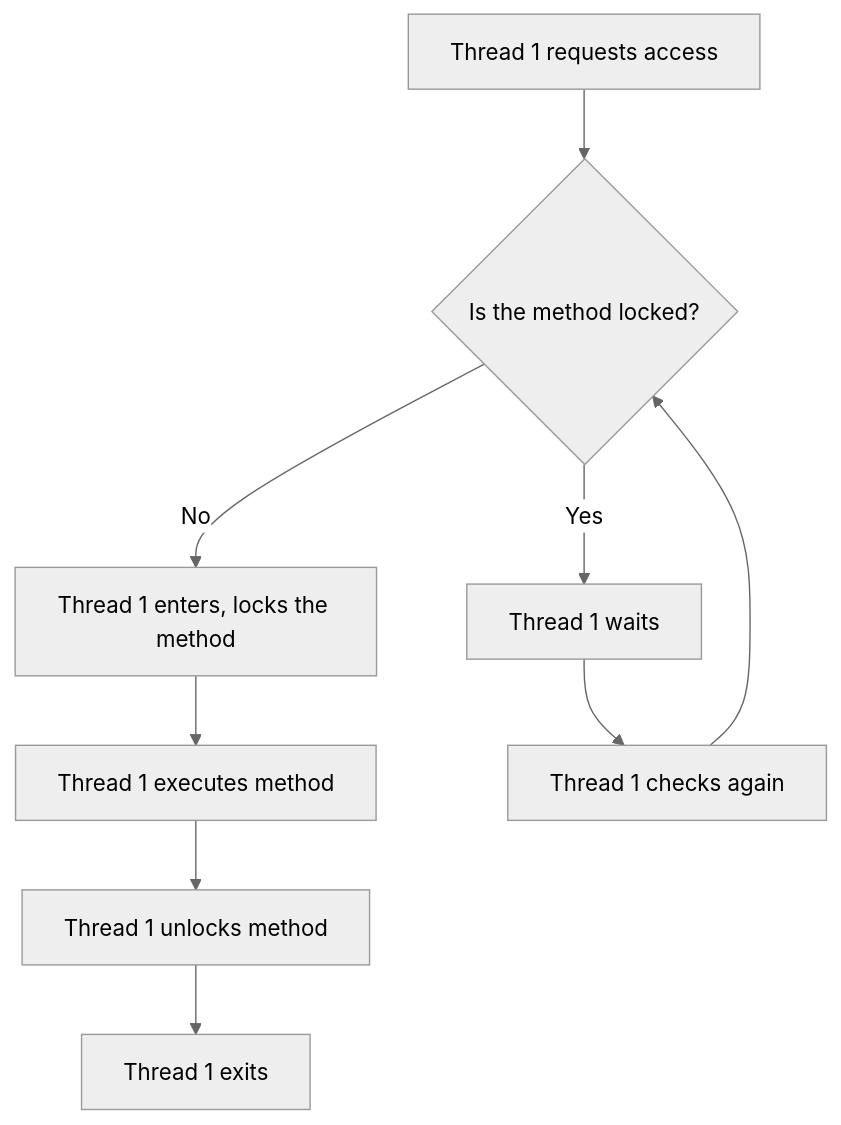
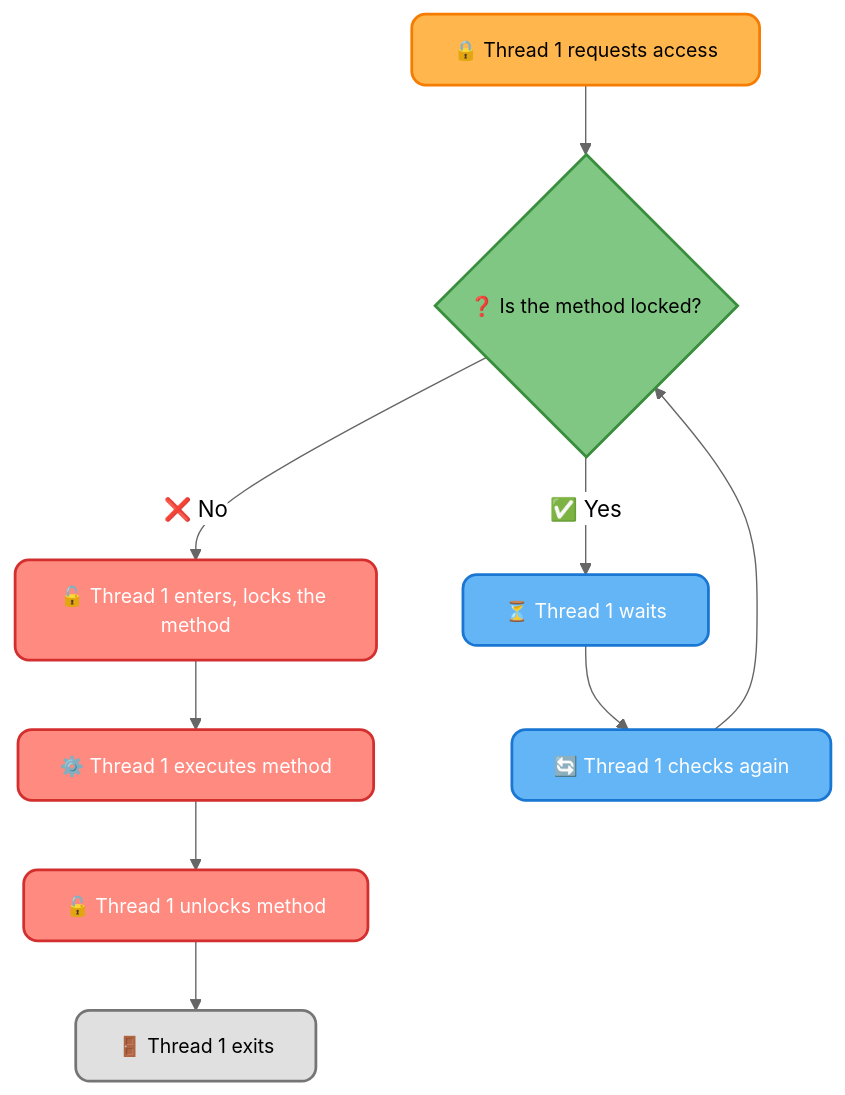
Before and after one commit to infoyouth/infoyouth.github.io: the first of 3 diagrams in _posts/2025-01-15-18.-synchronization-in-java.md, drawn with Mermaid (neutral theme). The commit also changed other lines of this file, not shown here.

````diff
--- a/_posts/2025-01-15-18.-synchronization-in-java.md
+++ b/_posts/2025-01-15-18.-synchronization-in-java.md
@@ -88,11 +86,29 @@
 ```mermaid
 graph TD
-    A[Thread 1 requests access] --> B{Is the method locked?};
-    B -- Yes --> C[Thread 1 waits];
-    B -- No --> D[Thread 1 enters, locks the method];
-    D --> E[Thread 1 executes method];
-    E --> F[Thread 1 unlocks method];
-    F --> G[Thread 1 exits];
-    C --> H[Thread 1 checks again];
+    A["🔒 Thread 1 requests access"] --> B{"❓ Is the method locked?"};
+    B -- "✅ Yes" --> C["⏳ Thread 1 waits"];
+    B -- "❌ No" --> D["🔓 Thread 1 enters, locks the method"];
+    D --> E["⚙️ Thread 1 executes method"];
+    E --> F["🔓 Thread 1 unlocks method"];
+    F --> G["🚪 Thread 1 exits"];
+    C --> H["🔄 Thread 1 checks again"];
     H --> B;
+
+    %% Class Definitions
+    classDef requestStyle fill:#FFB74D,stroke:#F57C00,color:#000000,font-size:14px,stroke-width:2px,rx:10px,shadow:3px;
+    classDef decisionStyle fill:#81C784,stroke:#388E3C,color:#000000,font-size:14px,stroke-width:2px,rx:10px,shadow:3px;
+    classDef waitStyle fill:#64B5F6,stroke:#1976D2,color:#FFFFFF,font-size:14px,stroke-width:2px,rx:10px,shadow:3px;
+    classDef executionStyle fill:#FF8A80,stroke:#D32F2F,color:#FFFFFF,font-size:14px,stroke-width:2px,rx:10px,shadow:3px;
+    classDef exitStyle fill:#E0E0E0,stroke:#757575,color:#000000,font-size:14px,stroke-width:2px,rx:10px,shadow:3px;
+
+    %% Apply Classes
+    class A requestStyle;
+    class B decisionStyle;
+    class C waitStyle;
+    class D executionStyle;
+    class E executionStyle;
+    class F executionStyle;
+    class G exitStyle;
+    class H waitStyle;
+
 ```
````
